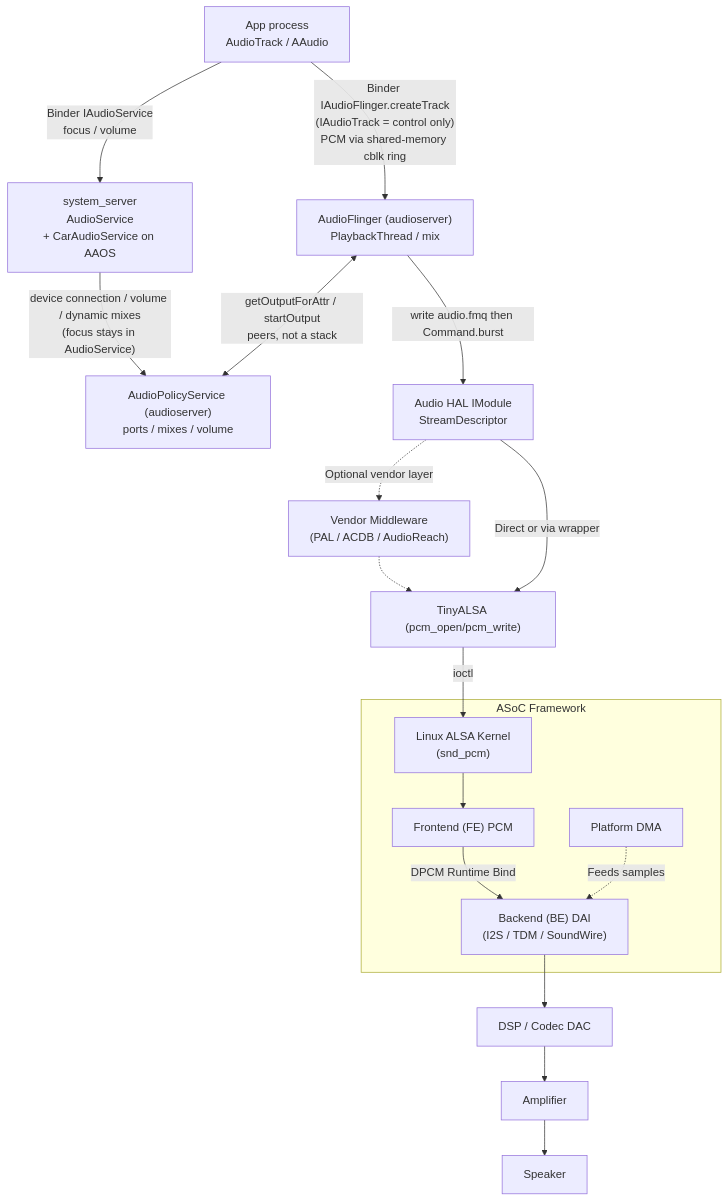
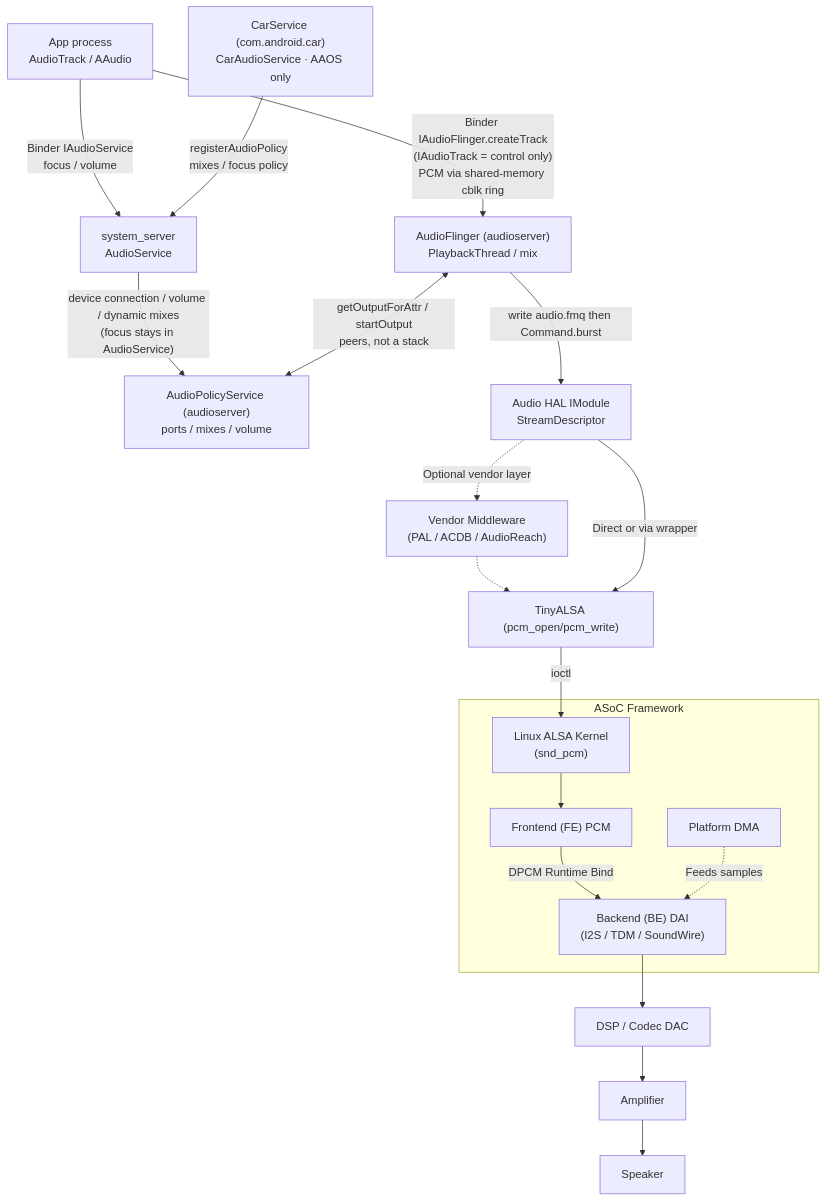
The first of 2 diagrams in modules/02-end-to-end-android-audio-architecture.md (developer-swetabh/AndroidAudioProf), drawn with Mermaid before and after one commit. The commit also changed other lines of this file and 39 other files, not shown here.

````diff
--- a/modules/02-end-to-end-android-audio-architecture.md
+++ b/modules/02-end-to-end-android-audio-architecture.md
@@ -109,21 +109,22 @@
 ```mermaid
 graph TD
     App["App process<br/>AudioTrack / AAudio"]
-    App -->|"Binder IAudioService<br/>focus / volume"| SS["system_server<br/>AudioService<br/>+ CarAudioService on AAOS"]
+    App -->|"Binder IAudioService<br/>focus / volume"| SS["system_server<br/>AudioService"]
+    CS["CarService (com.android.car)<br/>CarAudioService · AAOS only"] -->|"registerAudioPolicy<br/>mixes / focus policy"| SS
     App -->|"Binder IAudioFlinger.createTrack<br/>(IAudioTrack = control only)<br/>PCM via shared-memory cblk ring"| AF["AudioFlinger (audioserver)<br/>PlaybackThread / mix"]
     SS -->|"device connection / volume / dynamic mixes<br/>(focus stays in AudioService)"| APS["AudioPolicyService (audioserver)<br/>ports / mixes / volume"]
     AF <-->|"getOutputForAttr / startOutput<br/>peers, not a stack"| APS
     AF -->|"write audio.fmq then Command.burst"| HAL["Audio HAL IModule<br/>StreamDescriptor"]
     HAL -.->|Optional vendor layer| Vendor["Vendor Middleware<br/>(PAL / ACDB / AudioReach)"]
     Vendor -.-> TinyALSA["TinyALSA (pcm_open/pcm_write)"]
     HAL -->|Direct or via wrapper| TinyALSA
     TinyALSA -->|ioctl| ALSA["Linux ALSA Kernel<br/>(snd_pcm)"]
     subgraph ASoC_Core ["ASoC Framework"]
         ALSA --> FE["Frontend (FE) PCM"]
         FE -->|DPCM Runtime Bind| BE["Backend (BE) DAI<br/>(I2S / TDM / SoundWire)"]
         DMA["Platform DMA"] -.->|Feeds samples| BE
     end
     BE --> DSP["DSP / Codec DAC"]
     DSP --> Amp["Amplifier"]
     Amp --> Speaker["Speaker"]
 ```
````
